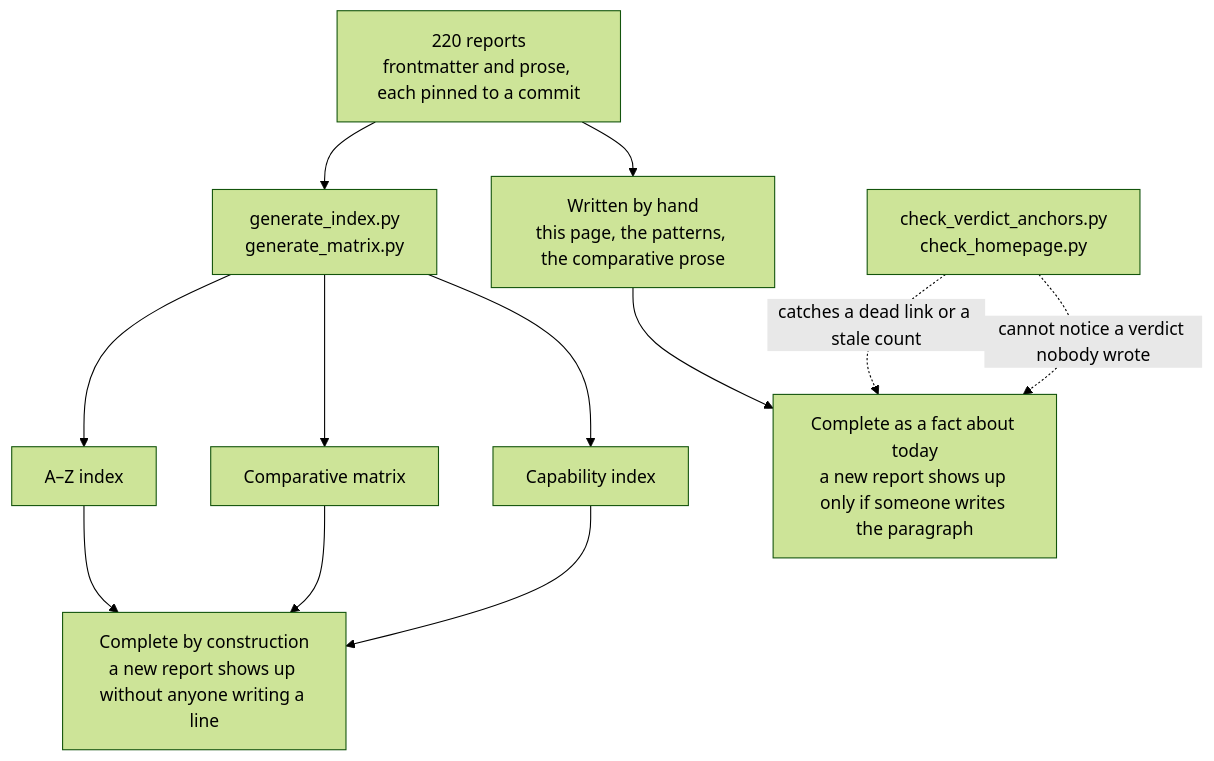
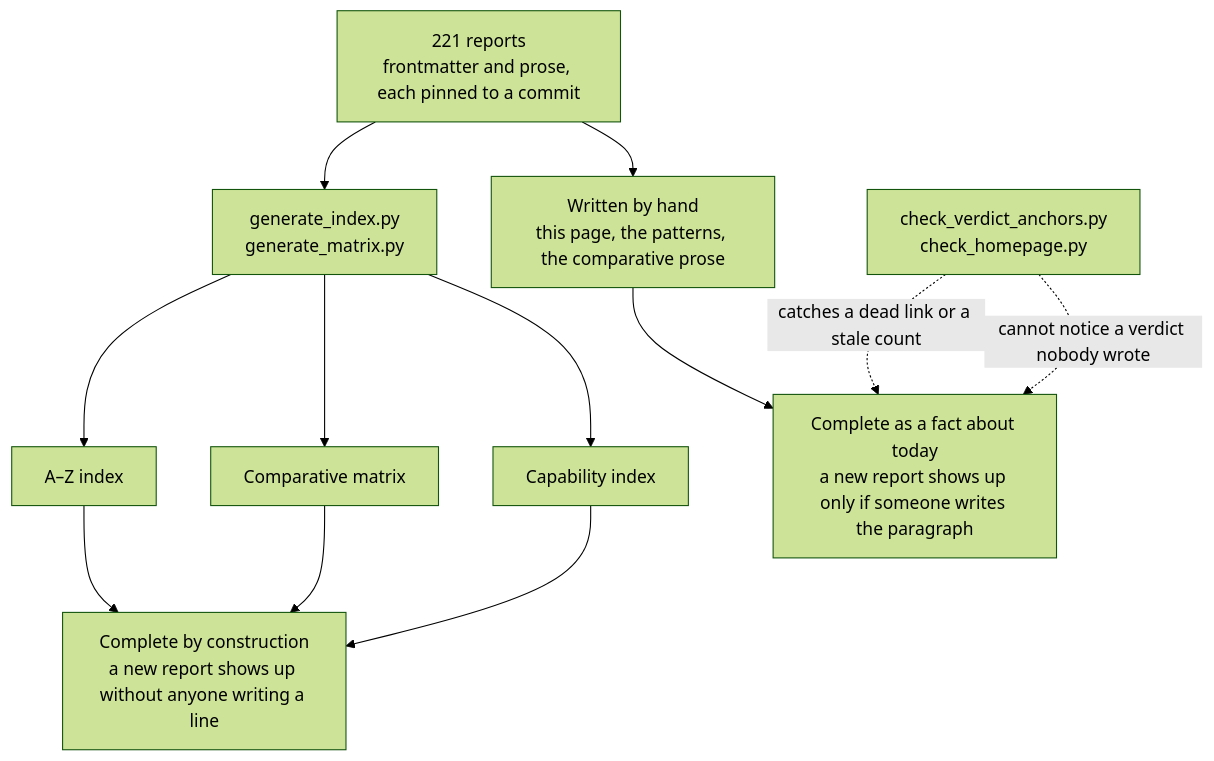
Before and after one commit to neoneye/agent-memory-atlas: the diagram in content/verdicts.md, drawn with Mermaid (forest theme). The commit also changed other lines of this file and 19 other files, not shown here.

````diff
--- a/content/verdicts.md
+++ b/content/verdicts.md
@@ -40,15 +40,15 @@
 ```mermaid
 flowchart TD
-    R["220 reports<br/>frontmatter and prose, each pinned to a commit"]
+    R["221 reports<br/>frontmatter and prose, each pinned to a commit"]
     R --> GEN["generate_index.py<br/>generate_matrix.py"]
     R --> HAND["Written by hand<br/>this page, the patterns, the comparative prose"]
     GEN --> AZ["A–Z index"]
     GEN --> MX["Comparative matrix"]
     GEN --> CI["Capability index"]
     AZ --> CONST["Complete by construction<br/>a new report shows up without anyone writing a line"]
     MX --> CONST
     CI --> CONST
     HAND --> TODAY["Complete as a fact about today<br/>a new report shows up only if someone writes the paragraph"]
     CHK["check_verdict_anchors.py<br/>check_homepage.py"] -.->|"catches a dead link or a stale count"| TODAY
     CHK -.->|"cannot notice a verdict nobody wrote"| TODAY
 ```
````
